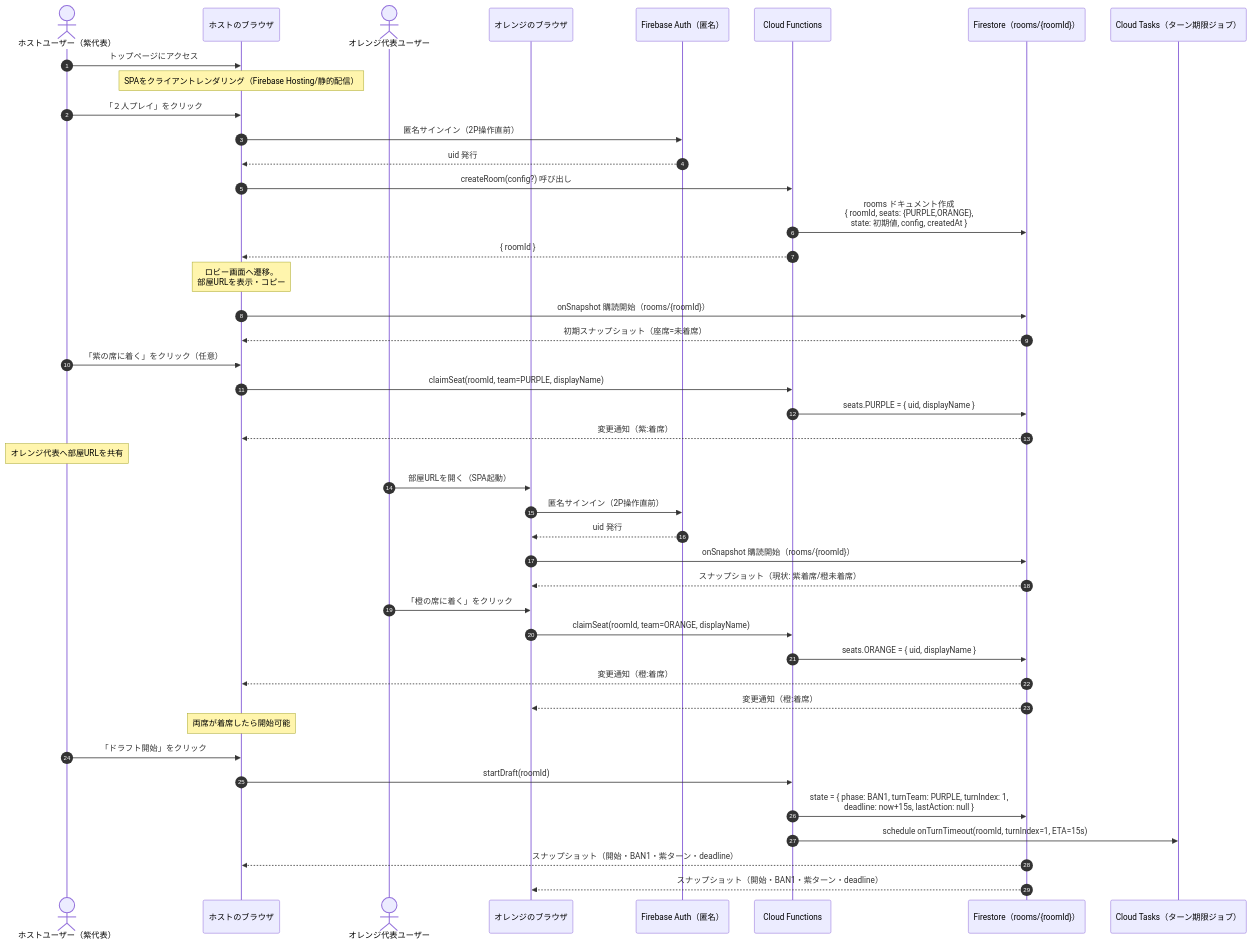
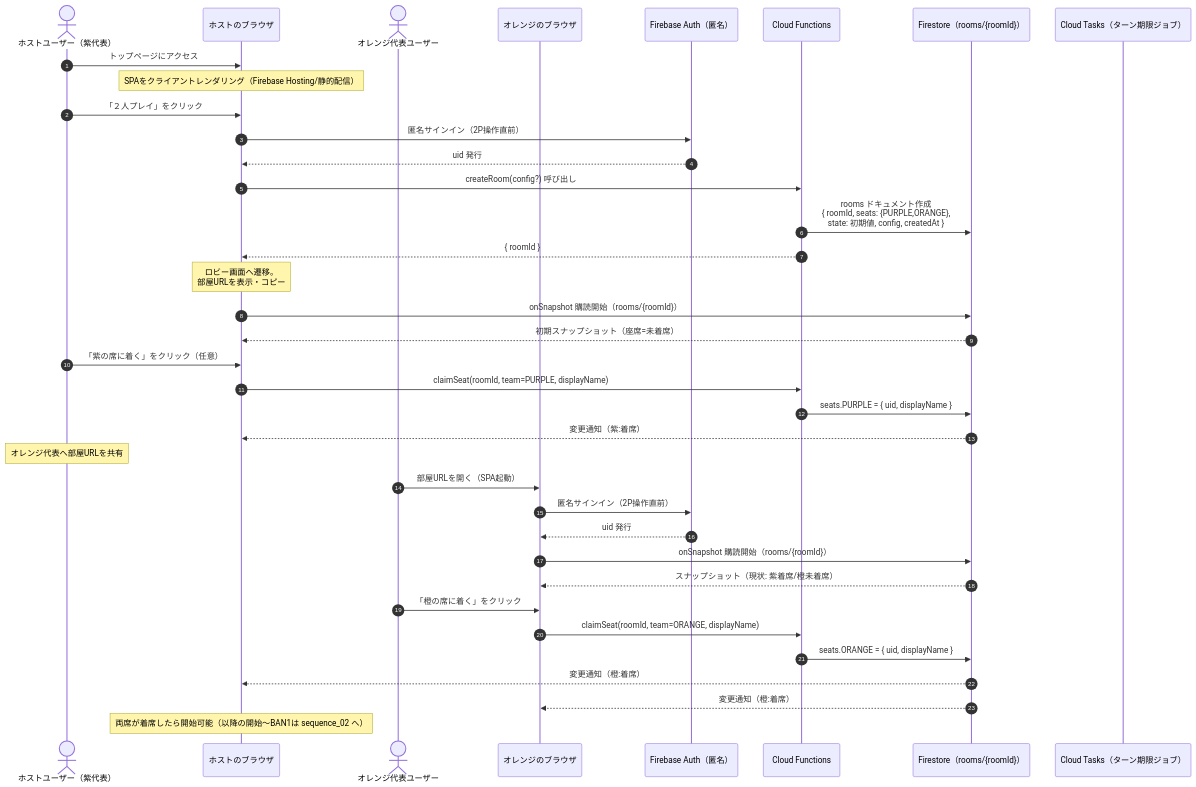
The diagram in docs/sequence_01_ロビー作成_ドラフト開始.md (juv-shun/draft-simulator), drawn with Mermaid before and after one commit. The commit also changed 2 other files, not shown here.

Commit message:
doc: フェーズ5の設計書修正

````diff
--- a/docs/sequence_01_ロビー作成_ドラフト開始.md
+++ b/docs/sequence_01_ロビー作成_ドラフト開始.md
@@ -1,53 +1,47 @@
 ```mermaid
 sequenceDiagram
     autonumber
     actor Host as ホストユーザー（紫代表）
     participant HostClient as ホストのブラウザ
     actor Orange as オレンジ代表ユーザー
     participant OrangeClient as オレンジのブラウザ
     participant Auth as Firebase Auth（匿名）
     participant Func as Cloud Functions
     participant DB as Firestore（rooms/{roomId}）
     participant Tasks as Cloud Tasks（ターン期限ジョブ）
 
     Host->>HostClient: トップページにアクセス
     Note over HostClient: SPAをクライアントレンダリング（Firebase Hosting/静的配信）
 
     Host->>HostClient: 「２人プレイ」をクリック
     HostClient->>Auth: 匿名サインイン（2P操作直前）
     Auth-->>HostClient: uid 発行
     HostClient->>Func: createRoom(config?) 呼び出し
     Func->>DB: rooms ドキュメント作成<br />{ roomId, seats: {PURPLE,ORANGE},<br />  state: 初期値, config, createdAt }
     Func-->>HostClient: { roomId }
     Note over HostClient: ロビー画面へ遷移。<br />部屋URLを表示・コピー
 
     HostClient->>DB: onSnapshot 購読開始（rooms/{roomId}）
     DB-->>HostClient: 初期スナップショット（座席=未着席）
 
     Host->>HostClient: 「紫の席に着く」をクリック（任意）
     HostClient->>Func: claimSeat(roomId, team=PURPLE, displayName)
     Func->>DB: seats.PURPLE = { uid, displayName }
     DB-->>HostClient: 変更通知（紫:着席）
 
     Note over Host: オレンジ代表へ部屋URLを共有
 
     Orange->>OrangeClient: 部屋URLを開く（SPA起動）
     OrangeClient->>Auth: 匿名サインイン（2P操作直前）
     Auth-->>OrangeClient: uid 発行
     OrangeClient->>DB: onSnapshot 購読開始（rooms/{roomId}）
     DB-->>OrangeClient: スナップショット（現状: 紫着席/橙未着席）
 
     Orange->>OrangeClient: 「橙の席に着く」をクリック
     OrangeClient->>Func: claimSeat(roomId, team=ORANGE, displayName)
     Func->>DB: seats.ORANGE = { uid, displayName }
     DB-->>HostClient: 変更通知（橙:着席）
     DB-->>OrangeClient: 変更通知（橙:着席）
 
-    Note over HostClient: 両席が着席したら開始可能
-    Host->>HostClient: 「ドラフト開始」をクリック
-    HostClient->>Func: startDraft(roomId)
-    Func->>DB: state = { phase: BAN1, turnTeam: PURPLE, turnIndex: 1,<br />                          deadline: now+15s, lastAction: null }
-    Func->>Tasks: schedule onTurnTimeout(roomId, turnIndex=1, ETA=15s)
-    DB-->>HostClient: スナップショット（開始・BAN1・紫ターン・deadline）
-    DB-->>OrangeClient: スナップショット（開始・BAN1・紫ターン・deadline）
+    Note over HostClient: 両席が着席したら開始可能（以降の開始〜BAN1は sequence_02 へ）
 ```
````
